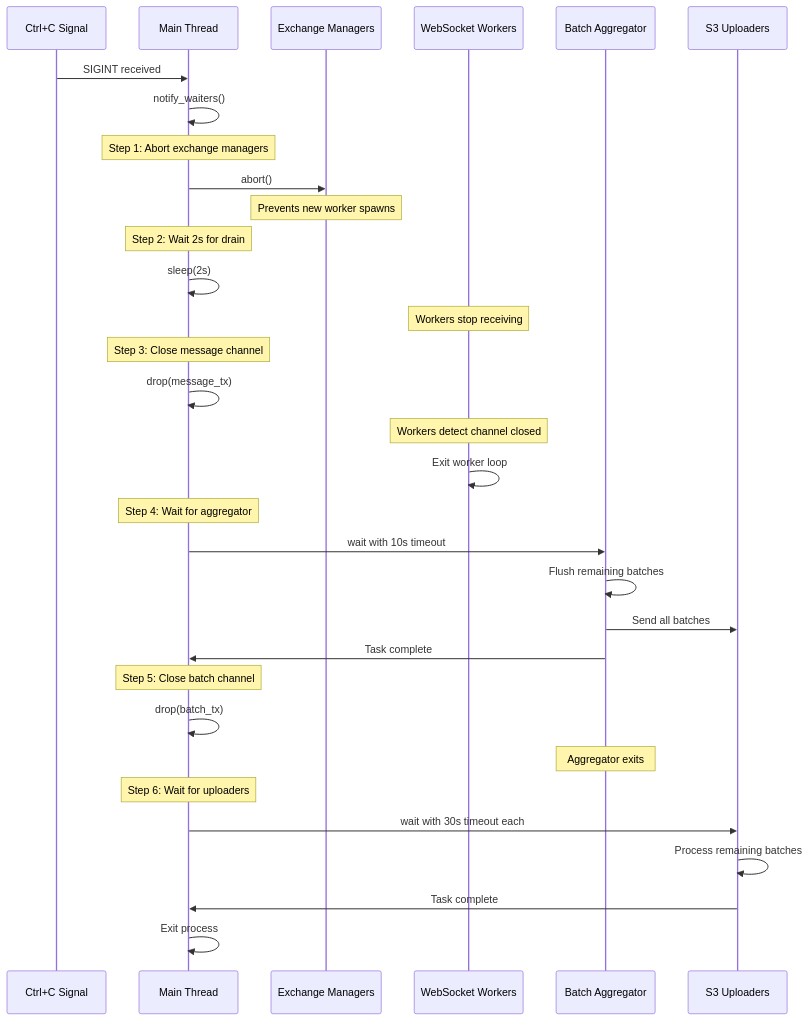
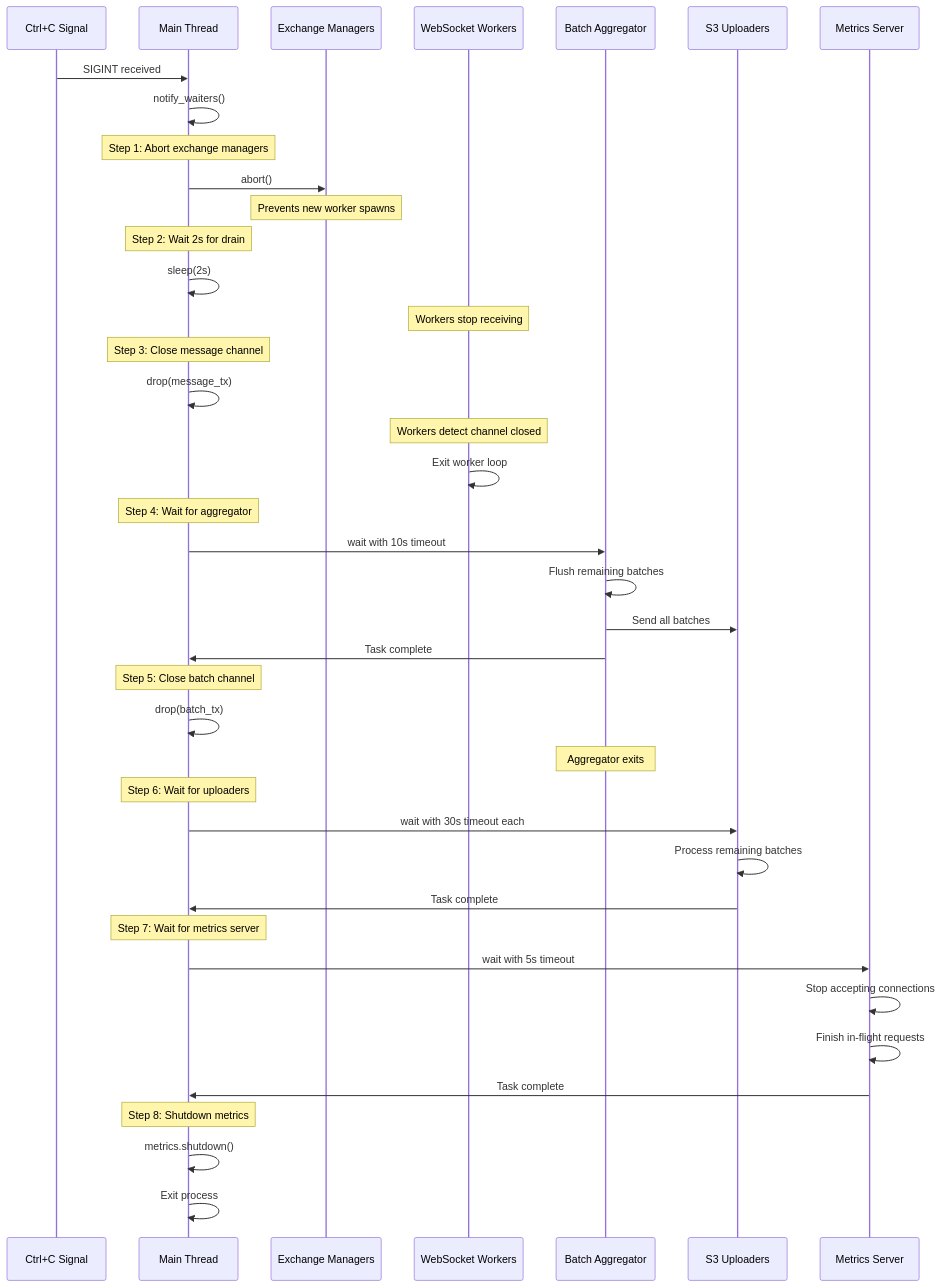
One commit to trading-kits/market-chronicle changed the diagram in docs/graceful-shutdown.md. Above: the diagram before and after it, drawn with Mermaid. The commit also changed other lines of this file and 32 other files, not shown here.

````diff
--- a/docs/graceful-shutdown.md
+++ b/docs/graceful-shutdown.md
@@ -9,42 +9,52 @@
 ```mermaid
 sequenceDiagram
     participant Signal as Ctrl+C Signal
     participant Main as Main Thread
     participant EM as Exchange Managers
     participant WS as WebSocket Workers
     participant BA as Batch Aggregator
     participant S3 as S3 Uploaders
+    participant MS as Metrics Server
     
     Signal->>Main: SIGINT received
     Main->>Main: notify_waiters()
     
     Note over Main: Step 1: Abort exchange managers
     Main->>EM: abort()
     Note over EM: Prevents new worker spawns
     
     Note over Main: Step 2: Wait 2s for drain
     Main->>Main: sleep(2s)
     Note over WS: Workers stop receiving
     
     Note over Main: Step 3: Close message channel
     Main->>Main: drop(message_tx)
     Note over WS: Workers detect channel closed
     WS->>WS: Exit worker loop
     
     Note over Main: Step 4: Wait for aggregator
     Main->>BA: wait with 10s timeout
     BA->>BA: Flush remaining batches
     BA->>S3: Send all batches
     BA->>Main: Task complete
     
     Note over Main: Step 5: Close batch channel
     Main->>Main: drop(batch_tx)
     Note over BA: Aggregator exits
     
     Note over Main: Step 6: Wait for uploaders
     Main->>S3: wait with 30s timeout each
     S3->>S3: Process remaining batches
     S3->>Main: Task complete
     
+    Note over Main: Step 7: Wait for metrics server
+    Main->>MS: wait with 5s timeout
+    MS->>MS: Stop accepting connections
+    MS->>MS: Finish in-flight requests
+    MS->>Main: Task complete
+    
+    Note over Main: Step 8: Shutdown metrics
+    Main->>Main: metrics.shutdown()
+    
     Main->>Main: Exit process
 ```
````
